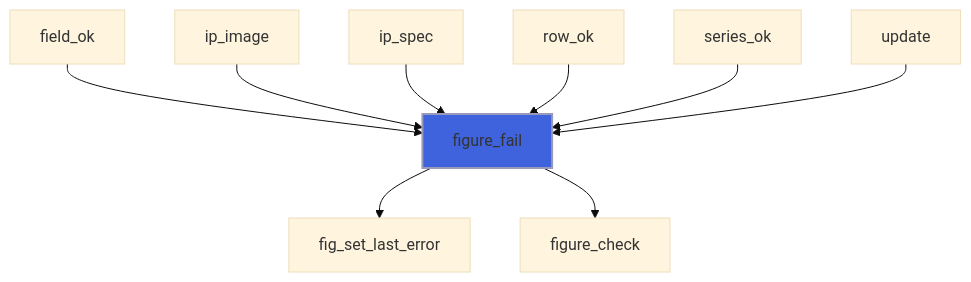
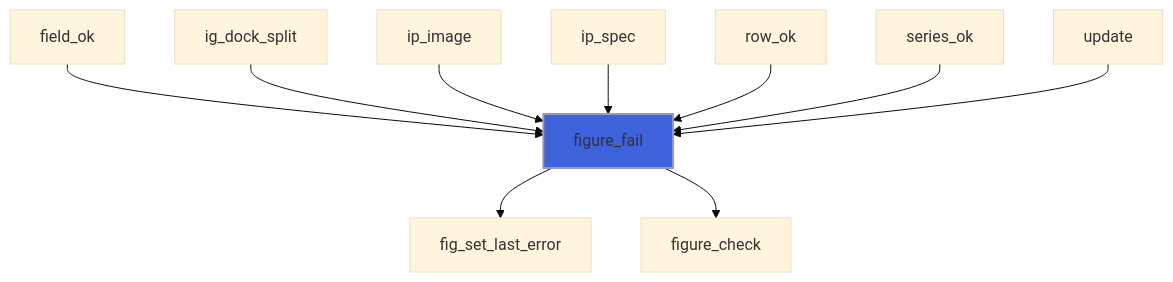
One commit to szaghi/figure changed the third of 5 diagrams in docs/api/src/lib/figure_base.md. Above: the diagram before and after it, drawn with Mermaid (base theme). The commit also changed other lines of this file and 25 other files, not shown here.

````diff
--- a/docs/api/src/lib/figure_base.md
+++ b/docs/api/src/lib/figure_base.md
@@ -99,12 +105,13 @@
 ```mermaid
 flowchart TD
   field_ok["field_ok"] --> figure_fail["figure_fail"]
+  ig_dock_split["ig_dock_split"] --> figure_fail["figure_fail"]
   ip_image["ip_image"] --> figure_fail["figure_fail"]
   ip_spec["ip_spec"] --> figure_fail["figure_fail"]
   row_ok["row_ok"] --> figure_fail["figure_fail"]
   series_ok["series_ok"] --> figure_fail["figure_fail"]
   update["update"] --> figure_fail["figure_fail"]
   figure_fail["figure_fail"] --> fig_set_last_error["fig_set_last_error"]
   figure_fail["figure_fail"] --> figure_check["figure_check"]
   style figure_fail fill:#3e63dd,stroke:#99b,stroke-width:2px
 ```
````
